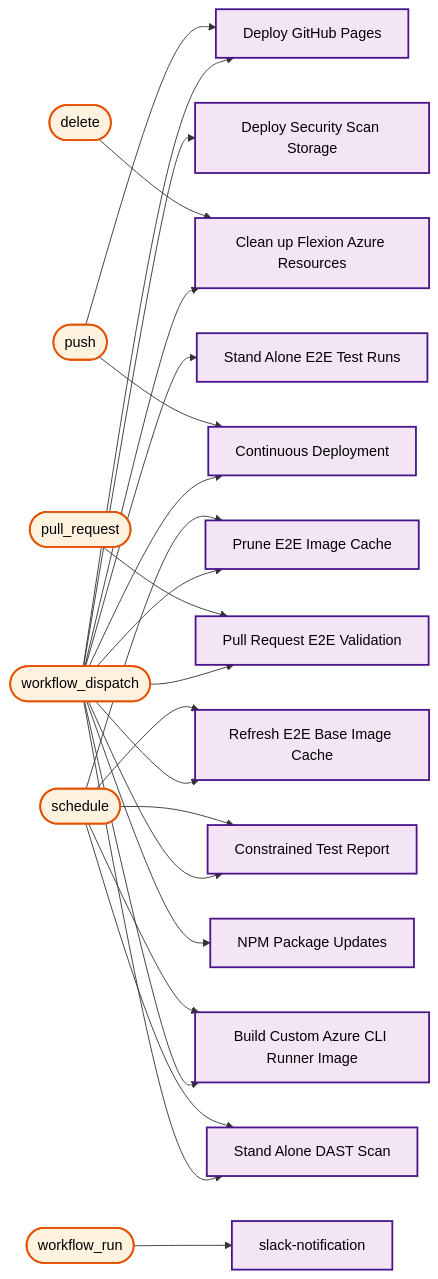
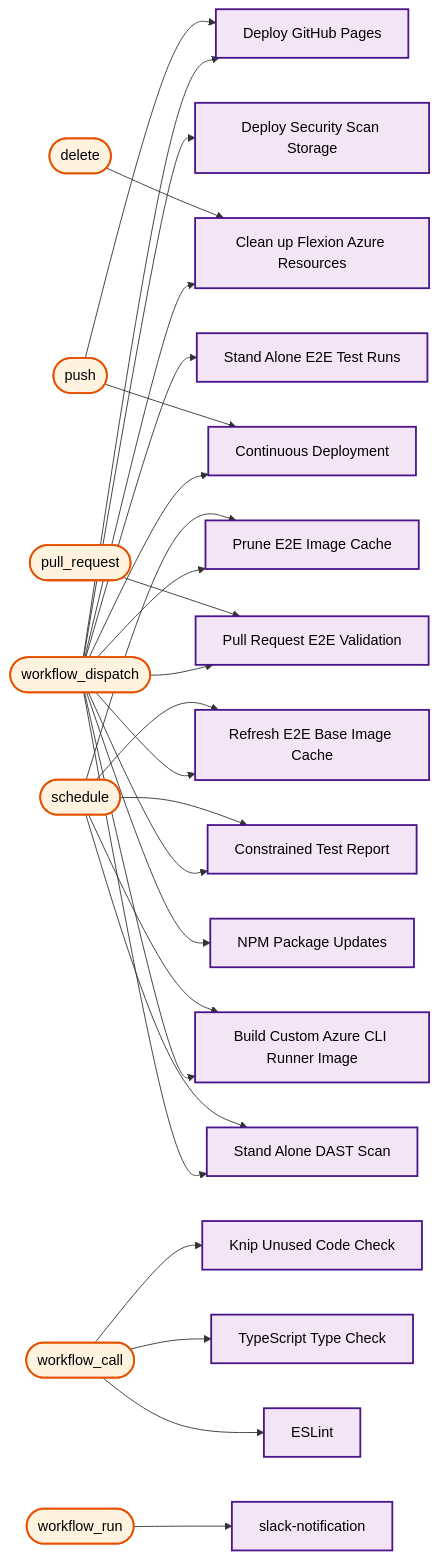
Before and after one commit to US-Trustee-Program/Bankruptcy-Oversight-Support-Systems: diagram 27 of 27 in docs/operations/workflow-diagram.md, drawn with Mermaid. The commit also changed other lines of this file and 12 other files, not shown here.

```diff
--- a/docs/operations/workflow-diagram.md
+++ b/docs/operations/workflow-diagram.md
@@ -1555,6 +1545,10 @@
     build_azure_cli_image_yml["Build Custom Azure CLI Runner Image"]
     dast_scan_yml["Stand Alone DAST Scan"]
     update_dependencies_yml["NPM Package Updates"]
+    trigger_workflow_call(["workflow_call"])
+    reusable_knip_yml["Knip Unused Code Check"]
+    reusable_typecheck_yml["TypeScript Type Check"]
+    reusable_lint_yml["ESLint"]
     trigger_push(["push"])
     deploy_pages_yml["Deploy GitHub Pages"]
     continuous_deployment_yml["Continuous Deployment"]
@@ -1583,6 +1577,9 @@
     trigger_workflow_dispatch --> build_azure_cli_image_yml
     trigger_workflow_dispatch --> dast_scan_yml
     trigger_workflow_dispatch --> update_dependencies_yml
+    trigger_workflow_call --> reusable_knip_yml
+    trigger_workflow_call --> reusable_typecheck_yml
+    trigger_workflow_call --> reusable_lint_yml
     trigger_push --> deploy_pages_yml
     trigger_push --> continuous_deployment_yml
     trigger_delete --> azure_remove_branch_yml
@@ -1598,12 +1595,15 @@
     classDef trigger fill:#fff3e0,stroke:#e65100,stroke-width:2px,color:#000000
 
     class trigger_workflow_dispatch trigger
+    class trigger_workflow_call trigger
     class trigger_push trigger
     class trigger_delete trigger
     class trigger_schedule trigger
     class trigger_pull_request trigger
     class trigger_workflow_run trigger
     class deploy_security_scan_storage_yml mainWorkflow
+    class reusable_knip_yml mainWorkflow
+    class reusable_typecheck_yml mainWorkflow
     class deploy_pages_yml mainWorkflow
     class e2e_test_yml mainWorkflow
     class azure_remove_branch_yml mainWorkflow
@@ -1612,6 +1612,7 @@
     class pr_validation_yml mainWorkflow
     class constrained_test_report_yml mainWorkflow
     class continuous_deployment_yml mainWorkflow
+    class reusable_lint_yml mainWorkflow
     class build_azure_cli_image_yml mainWorkflow
     class dast_scan_yml mainWorkflow
     class update_dependencies_yml mainWorkflow
```
